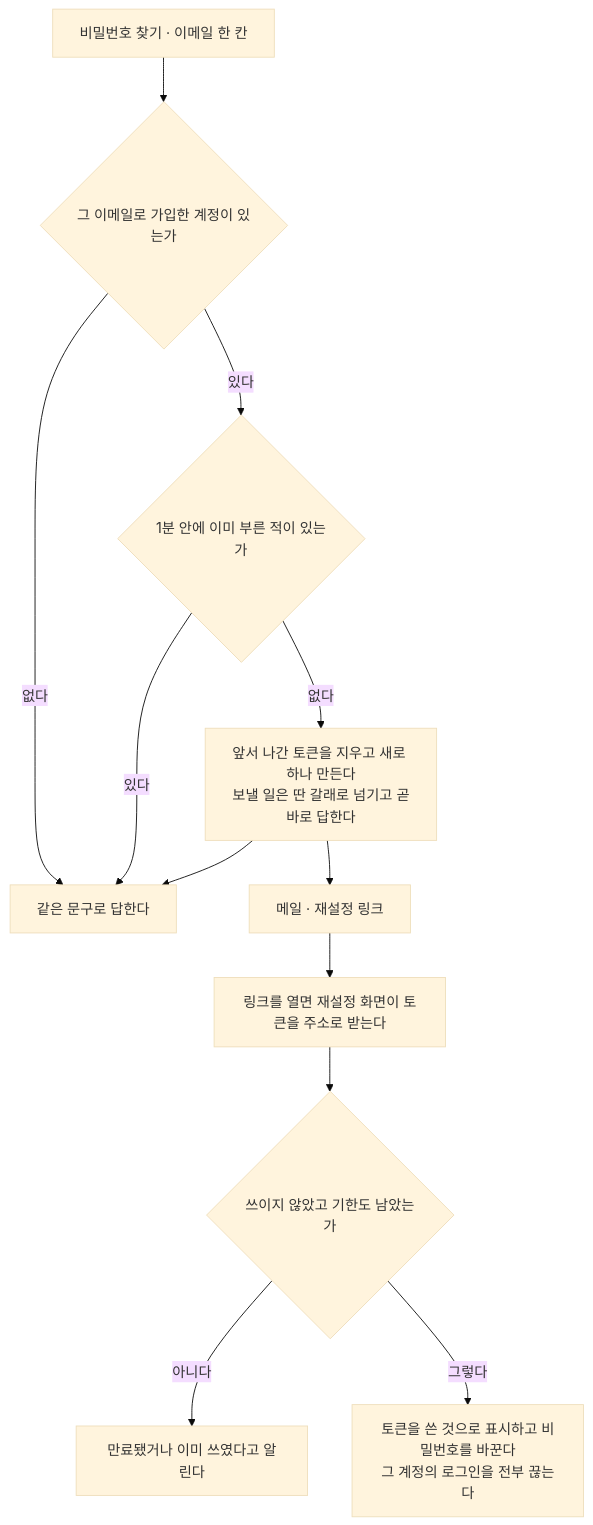
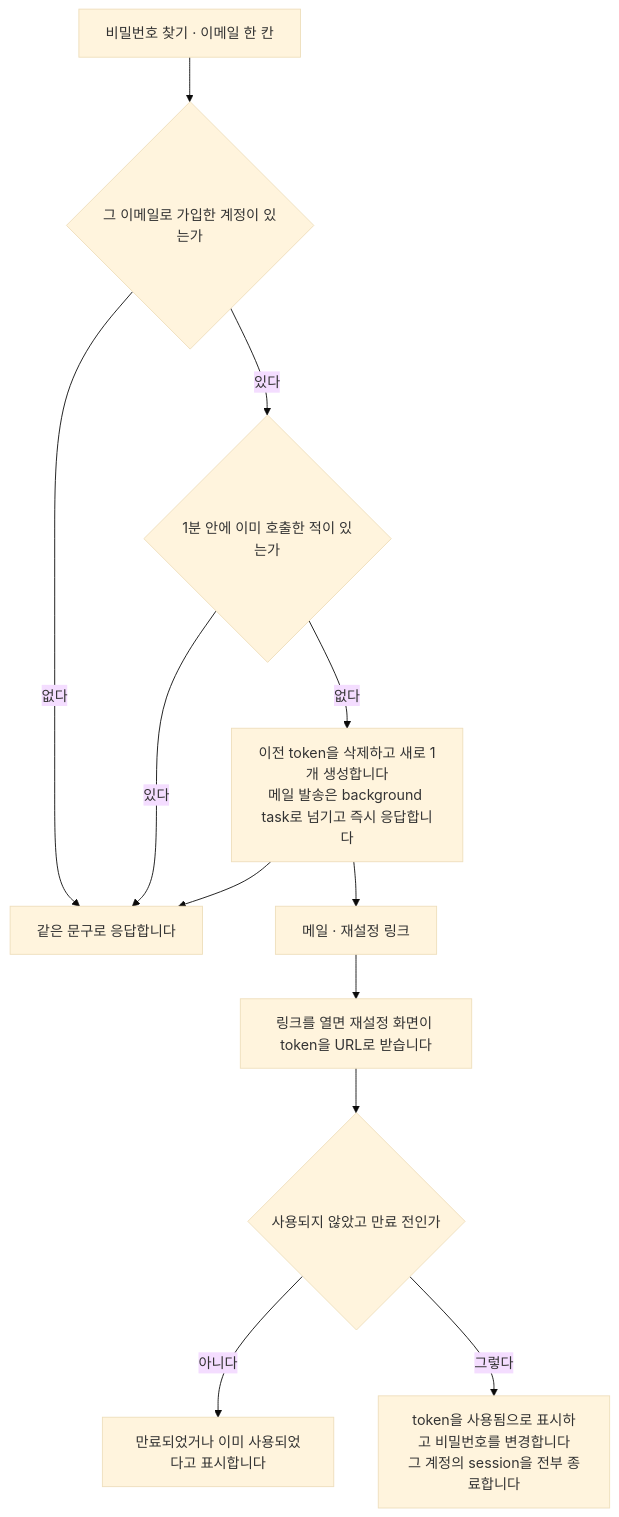
Before and after one commit to minkong-dev/Banblit: the second of 4 diagrams in .cluedoc/accounts-and-roles/README.md, drawn with Mermaid (base theme). The commit also changed other lines of this file and 188 other files, not shown here.

````diff
--- a/.cluedoc/accounts-and-roles/README.md
+++ b/.cluedoc/accounts-and-roles/README.md
@@ -217,14 +217,14 @@
 ```mermaid
 flowchart TD
     A[비밀번호 찾기 · 이메일 한 칸] --> B{그 이메일로 가입한 계정이 있는가}
-    B -->|없다| S[같은 문구로 답한다]
-    B -->|있다| C{1분 안에 이미 부른 적이 있는가}
+    B -->|없다| S[같은 문구로 응답합니다]
+    B -->|있다| C{1분 안에 이미 호출한 적이 있는가}
     C -->|있다| S
-    C -->|없다| D[앞서 나간 토큰을 지우고 새로 하나 만든다<br/>보낼 일은 딴 갈래로 넘기고 곧바로 답한다]
+    C -->|없다| D[이전 token을 삭제하고 새로 1개 생성합니다<br/>메일 발송은 background task로 넘기고 즉시 응답합니다]
     D --> S
     D --> M[메일 · 재설정 링크]
-    M --> R[링크를 열면 재설정 화면이 토큰을 주소로 받는다]
-    R --> N{쓰이지 않았고 기한도 남았는가}
-    N -->|아니다| E[만료됐거나 이미 쓰였다고 알린다]
-    N -->|그렇다| P[토큰을 쓴 것으로 표시하고 비밀번호를 바꾼다<br/>그 계정의 로그인을 전부 끊는다]
+    M --> R[링크를 열면 재설정 화면이 token을 URL로 받습니다]
+    R --> N{사용되지 않았고 만료 전인가}
+    N -->|아니다| E[만료되었거나 이미 사용되었다고 표시합니다]
+    N -->|그렇다| P[token을 사용됨으로 표시하고 비밀번호를 변경합니다<br/>그 계정의 session을 전부 종료합니다]
 ```
````
